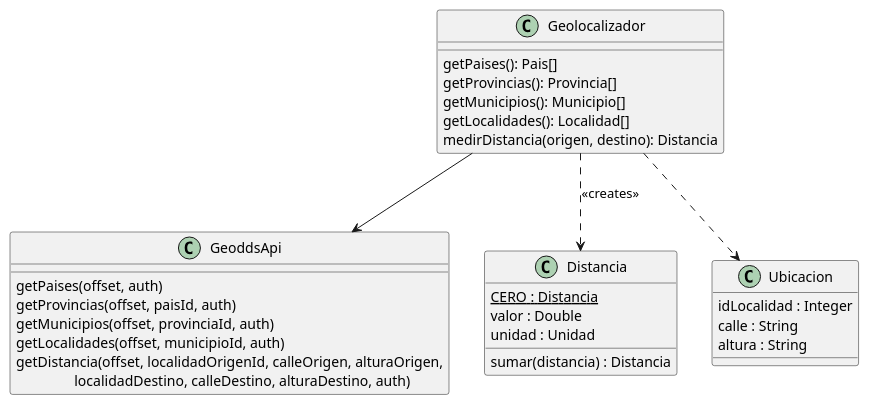
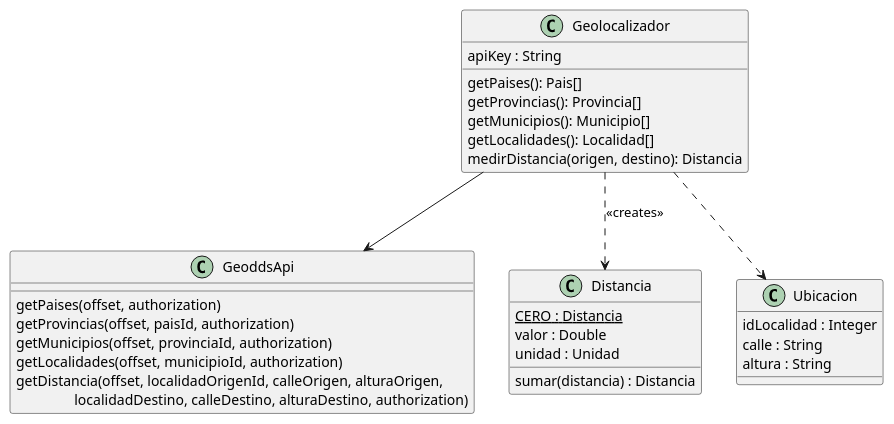
The diagram in docs/puml/tpa3/geolocalizacion.puml (RaniAgus/dds-2022), drawn with PlantUML before and after one commit. The commit also changed 9 other files, not shown here.

Commit message:
correcciones en diagramas

```diff
--- a/docs/puml/tpa3/geolocalizacion.puml
+++ b/docs/puml/tpa3/geolocalizacion.puml
@@ -1,37 +1,38 @@
 @startuml
 
 class Geolocalizador {
+    apiKey : String
     getPaises(): Pais[]
     getProvincias(): Provincia[]
     getMunicipios(): Municipio[]
     getLocalidades(): Localidad[]
     medirDistancia(origen, destino): Distancia
 }
 
 Geolocalizador --> GeoddsApi
 Geolocalizador ..> Distancia : <<creates>>
 Geolocalizador ..> Ubicacion
 
 class GeoddsApi {
-    getPaises(offset, auth)
-    getProvincias(offset, paisId, auth)
-    getMunicipios(offset, provinciaId, auth)
-    getLocalidades(offset, municipioId, auth)
+    getPaises(offset, authorization)
+    getProvincias(offset, paisId, authorization)
+    getMunicipios(offset, provinciaId, authorization)
+    getLocalidades(offset, municipioId, authorization)
     getDistancia(offset, localidadOrigenId, calleOrigen, alturaOrigen,
-    \t\tlocalidadDestino, calleDestino, alturaDestino, auth)
+    \t\tlocalidadDestino, calleDestino, alturaDestino, authorization)
 }
 
 class Distancia {
     {static} CERO : Distancia
     valor : Double
     unidad : Unidad
     sumar(distancia) : Distancia
 }
 
 class Ubicacion {
     idLocalidad : Integer
     calle : String
     altura : String
 }
 
 @enduml
```
